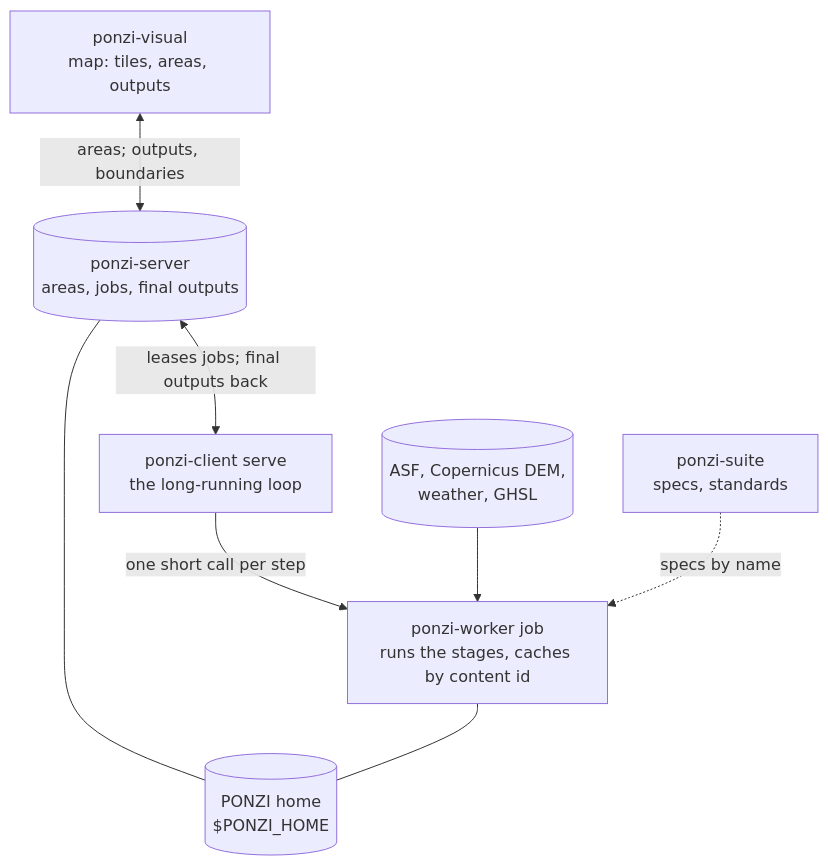
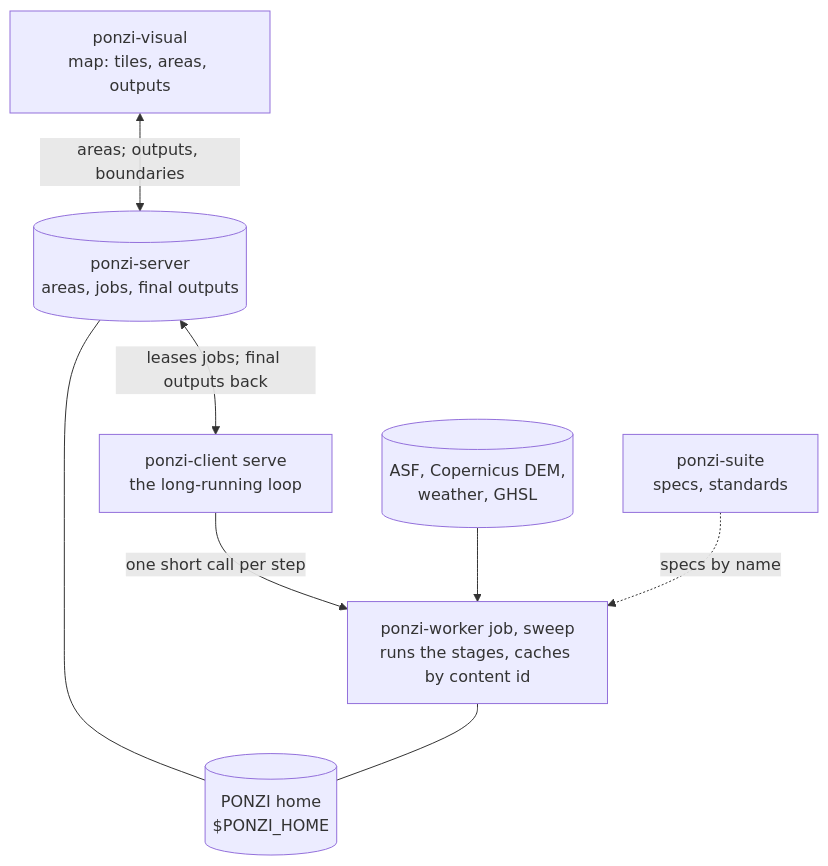
The first of 5 diagrams in docs/method/workflows.md (conflict-ecology/ponzi-suite), drawn with Mermaid before and after one commit. The commit also changed other lines of this file and 35 other files, not shown here.

````diff
--- a/docs/method/workflows.md
+++ b/docs/method/workflows.md
@@ -108,17 +108,17 @@
 ```mermaid
 flowchart TB
   visual["ponzi-visual<br/>map: tiles, areas, outputs"]
   server[("ponzi-server<br/>areas, jobs, final outputs")]
   client["ponzi-client serve<br/>the long-running loop"]
-  worker["ponzi-worker job<br/>runs the stages, caches by content id"]
+  worker["ponzi-worker job, sweep<br/>runs the stages, caches by content id"]
   data[("ASF, Copernicus DEM,<br/>weather, GHSL")]
   suite["ponzi-suite<br/>specs, standards"]
   home[("PONZI home<br/>$PONZI_HOME")]
   visual <-- "areas; outputs, boundaries" --> server
   server <-- "leases jobs; final outputs back" --> client
   client -- "one short call per step" --> worker
   data --> worker
   suite -. "specs by name" .-> worker
   server --- home
   worker --- home
 ```
````
